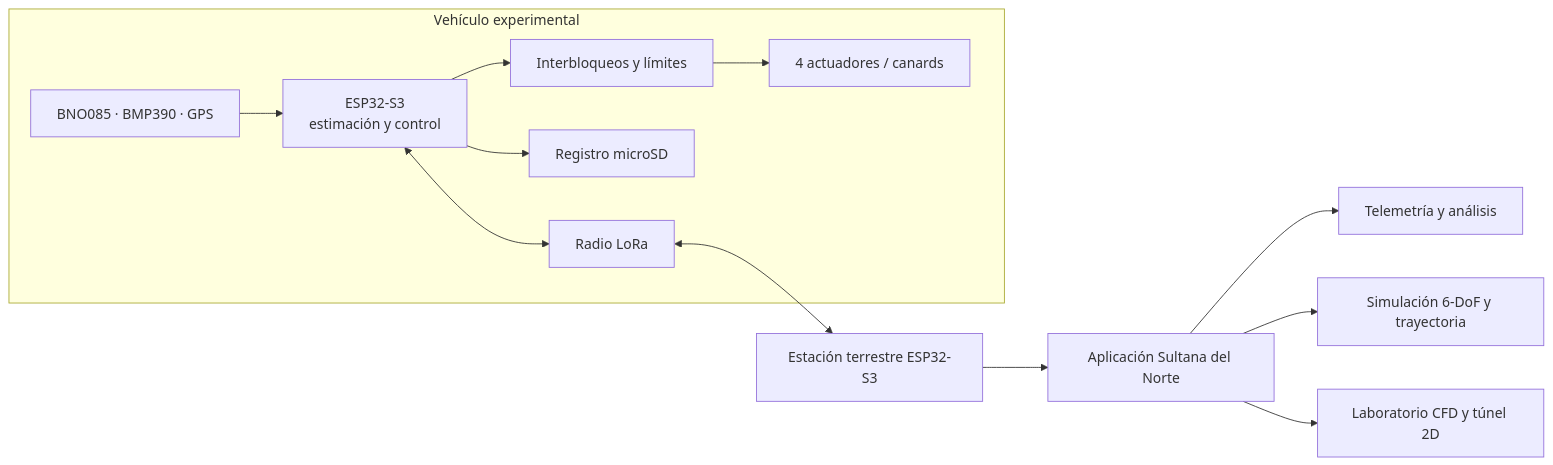
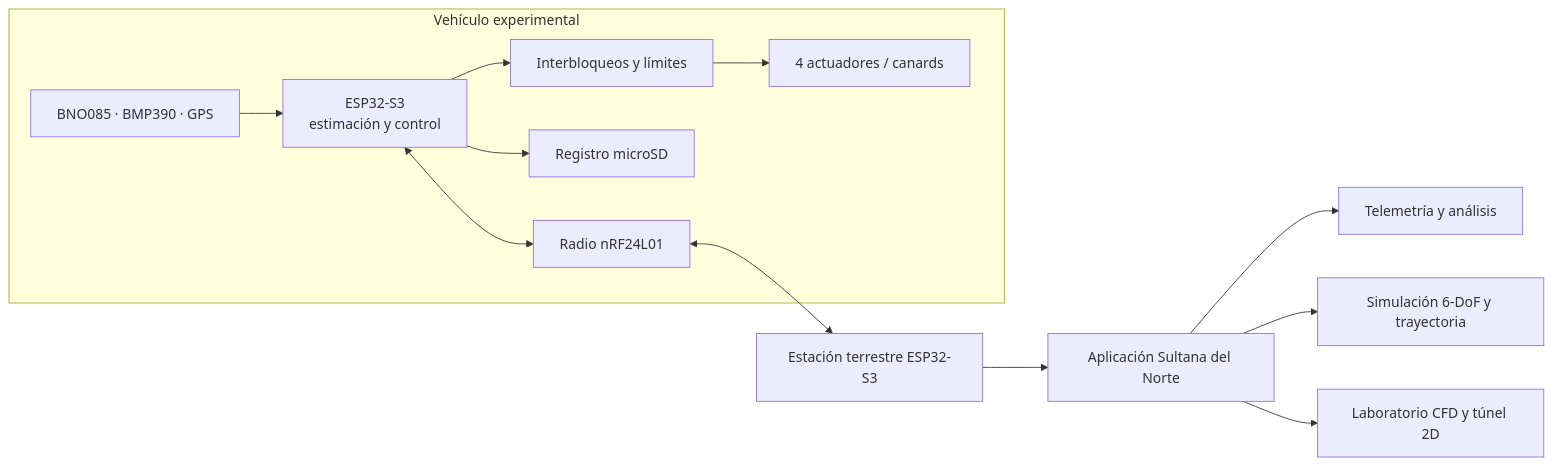
Before and after one commit to aurelioasu/Sistema-de-Estabilizaci-n-Activa-y-c-lculo-de-trayectoria-Sultana-del-Norte-BY-SPACENL: the diagram in 05-documentacion/arquitectura/arquitectura-del-sistema.md, drawn with Mermaid. The commit also changed 5 other files, not shown here.

````diff
--- a/05-documentacion/arquitectura/arquitectura-del-sistema.md
+++ b/05-documentacion/arquitectura/arquitectura-del-sistema.md
@@ -5,16 +5,16 @@
 ```mermaid
 flowchart LR
     subgraph Vehiculo["Vehículo experimental"]
         Sensores["BNO085 · BMP390 · GPS"] --> ESP32["ESP32-S3<br/>estimación y control"]
         ESP32 --> Seguridad["Interbloqueos y límites"]
         Seguridad --> Canards["4 actuadores / canards"]
         ESP32 --> Registro["Registro microSD"]
-        ESP32 <--> RadioV["Radio LoRa"]
+        ESP32 <--> RadioV["Radio nRF24L01"]
     end
 
     RadioV <--> RadioT["Estación terrestre ESP32-S3"]
     RadioT --> App["Aplicación Sultana del Norte"]
     App --> Telemetria["Telemetría y análisis"]
     App --> Simulacion["Simulación 6-DoF y trayectoria"]
     App --> CFD["Laboratorio CFD y túnel 2D"]
 ```
````
